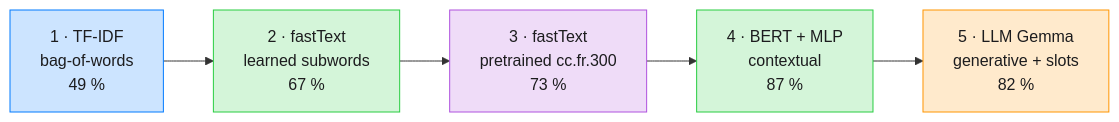
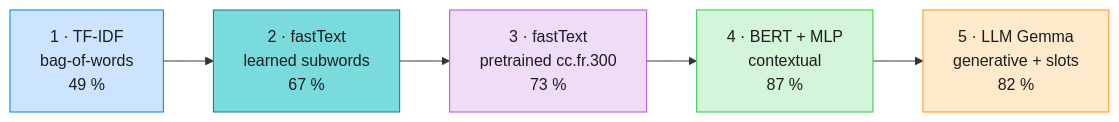
The first of 2 diagrams in README.md (warith-harchaoui/intentions), drawn with Mermaid before and after one commit. The commit also changed other lines of this file and 5 other files, not shown here.

First line of the commit message:
Polish diagrams + violins: house palette, top-down architecture

````diff
--- a/README.md
+++ b/README.md
@@ -50,9 +50,9 @@
 ```mermaid
 flowchart LR
     A["1 · TF-IDF<br/>bag-of-words<br/>49 %"] --> B["2 · fastText<br/>learned subwords<br/>67 %"] --> C["3 · fastText<br/>pretrained cc.fr.300<br/>73 %"] --> D["4 · BERT + MLP<br/>contextual<br/>87 %"] --> E["5 · LLM Gemma<br/>generative + slots<br/>82 %"]
     style A fill:#CCE4FF,stroke:#007AFF,color:#1C1C1E
-    style B fill:#D4F5D9,stroke:#28CD41,color:#1C1C1E
+    style B fill:#79DBDC,stroke:#0E7490,color:#1C1C1E
     style C fill:#EFDCF8,stroke:#AF52DE,color:#1C1C1E
     style D fill:#D4F5D9,stroke:#28CD41,color:#1C1C1E
     style E fill:#FFEACC,stroke:#FF9500,color:#1C1C1E
 ```
````
